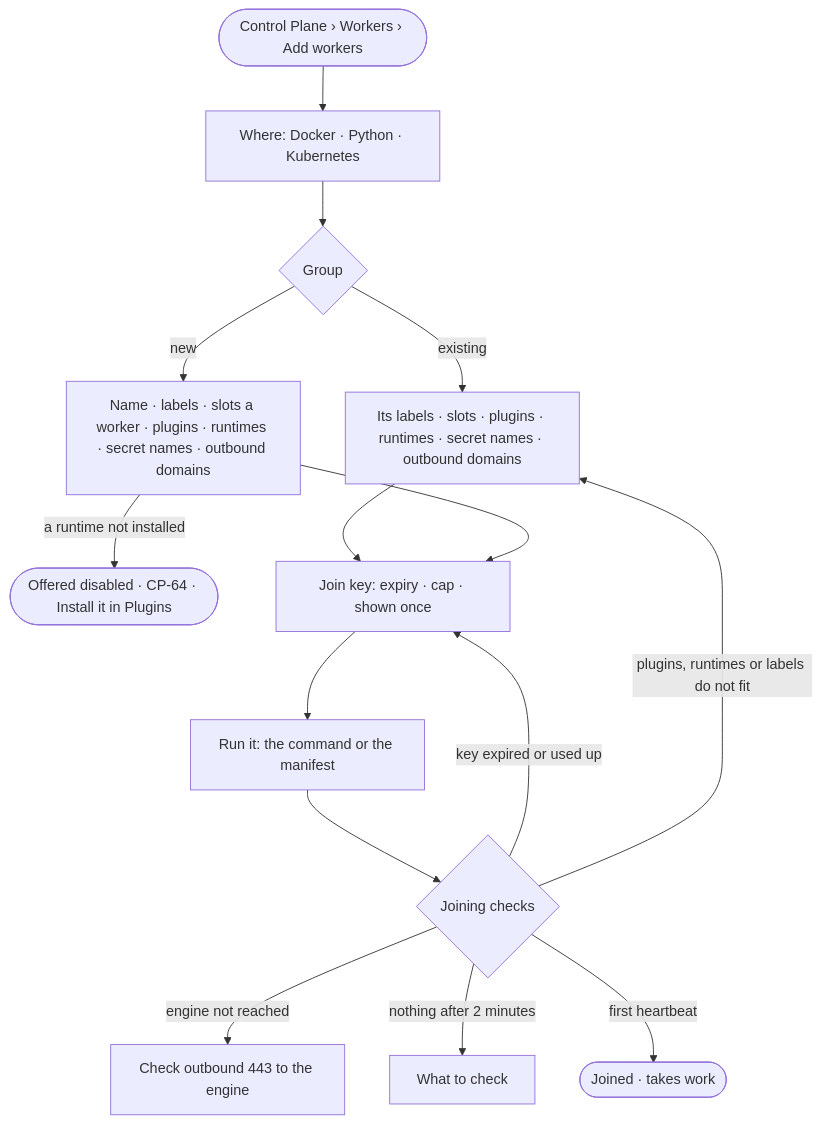
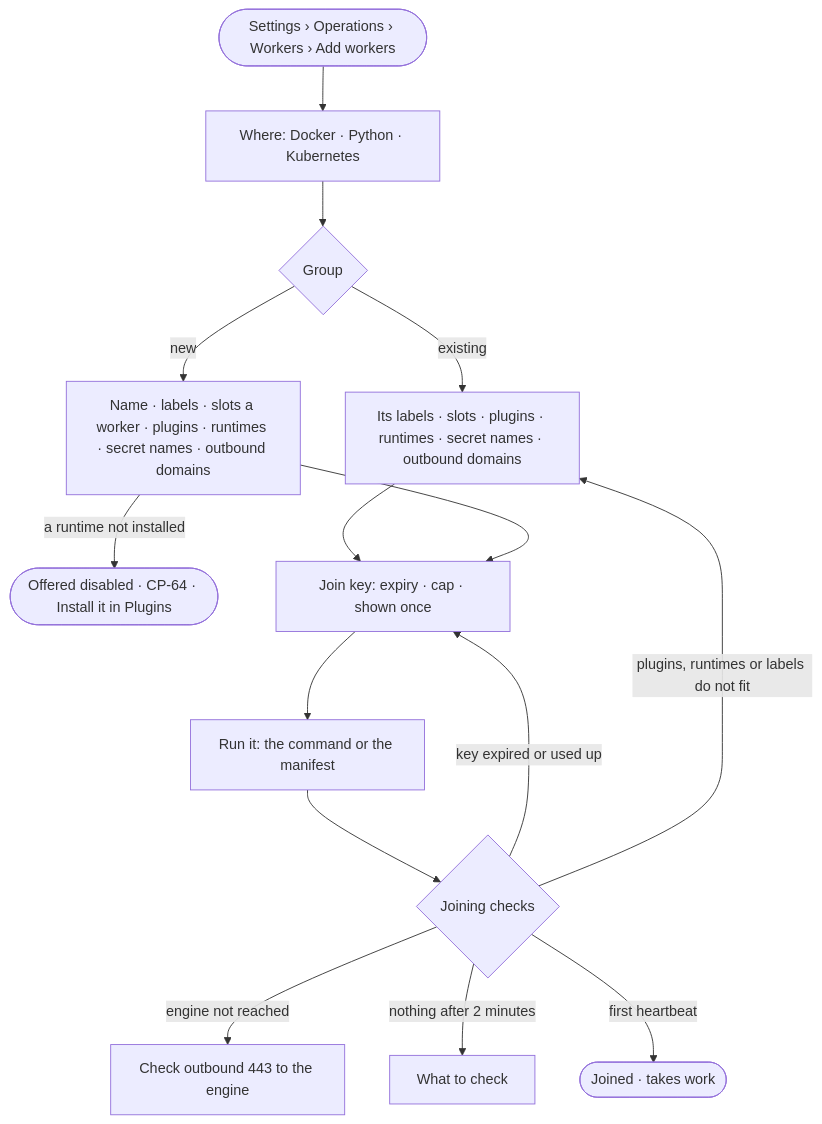
The diagram in specs/os/control/features/CP-F03-workers-and-the-queue/stories/CP-10-add-workers-on-my-own-machines-with-one-command/story.md (invana/invana), drawn with Mermaid before and after one commit. The commit also changed other lines of this file and 106 other files, not shown here.

````diff
--- a/specs/os/control/features/CP-F03-workers-and-the-queue/stories/CP-10-add-workers-on-my-own-machines-with-one-command/story.md
+++ b/specs/os/control/features/CP-F03-workers-and-the-queue/stories/CP-10-add-workers-on-my-own-machines-with-one-command/story.md
@@ -26,17 +26,17 @@
 ```mermaid
 flowchart TD
-  s([Control Plane › Workers › Add workers]) --> wh["Where: Docker · Python · Kubernetes"]
+  s([Settings › Operations › Workers › Add workers]) --> wh["Where: Docker · Python · Kubernetes"]
   wh --> g{"Group"}
   g -->|existing| ge["Its labels · slots · plugins · runtimes · secret names · outbound domains"]
   g -->|new| gn["Name · labels · slots a worker · plugins · runtimes · secret names · outbound domains"]
   gn -->|a runtime not installed| ri(["Offered disabled · CP-64 · Install it in Plugins"])
   ge --> k["Join key: expiry · cap · shown once"]
   gn --> k
   k --> run["Run it: the command or the manifest"]
   run --> chk{"Joining checks"}
   chk -->|key expired or used up| k
   chk -->|engine not reached| net["Check outbound 443 to the engine"]
   chk -->|plugins, runtimes or labels do not fit| ge
   chk -->|nothing after 2 minutes| cl["What to check"]
   chk -->|first heartbeat| j(["Joined · takes work"])
 ```
````
